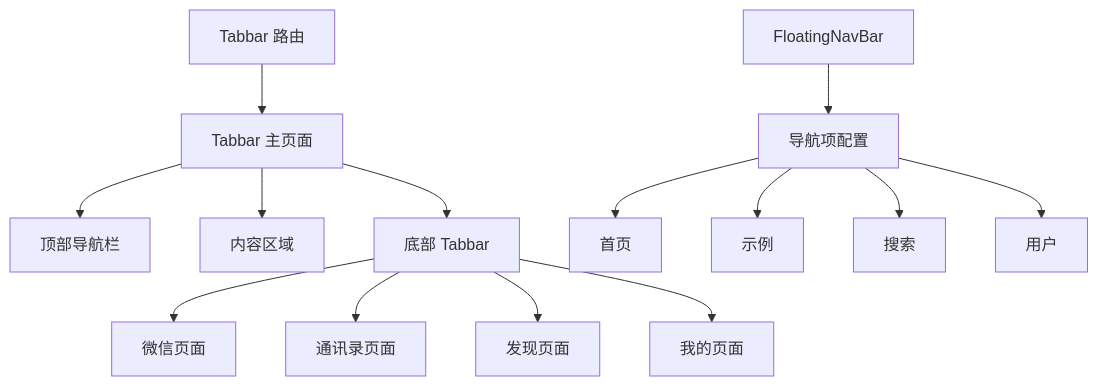
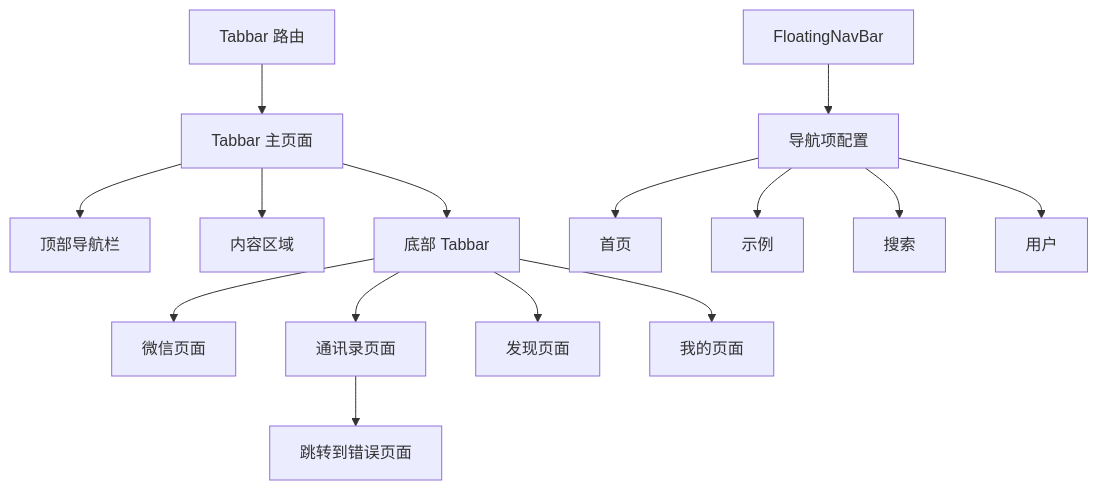
Before and after one commit to giserman001/vue3-vant4-mobile: diagram 11 of 12 in .qoder/repowiki/zh/content/核心系统/路由系统.md, drawn with Mermaid. The commit also changed other lines of this file and 13 other files, not shown here.

````diff
--- a/.qoder/repowiki/zh/content/核心系统/路由系统.md
+++ b/.qoder/repowiki/zh/content/核心系统/路由系统.md
@@ -483,16 +552,17 @@
 ```mermaid
 flowchart TD
 Tabbar["Tabbar 路由"] --> Main["Tabbar 主页面"]
 Main --> Header["顶部导航栏"]
 Main --> Content["内容区域"]
 Main --> Footer["底部 Tabbar"]
 Footer --> WX["微信页面"]
 Footer --> Address["通讯录页面"]
 Footer --> Find["发现页面"]
 Footer --> Mine["我的页面"]
+Address --> ErrorNav["跳转到错误页面"]
 Floating["FloatingNavBar"] --> Items["导航项配置"]
 Items --> Home["首页"]
 Items --> Example["示例"]
 Items --> Search["搜索"]
 Items --> User["用户"]
 ```
````
